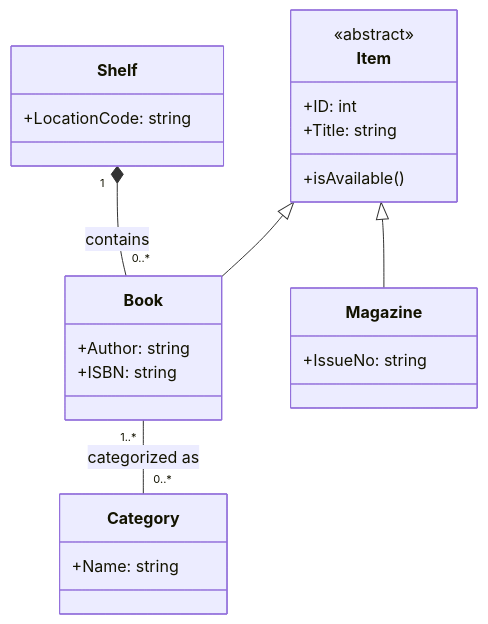
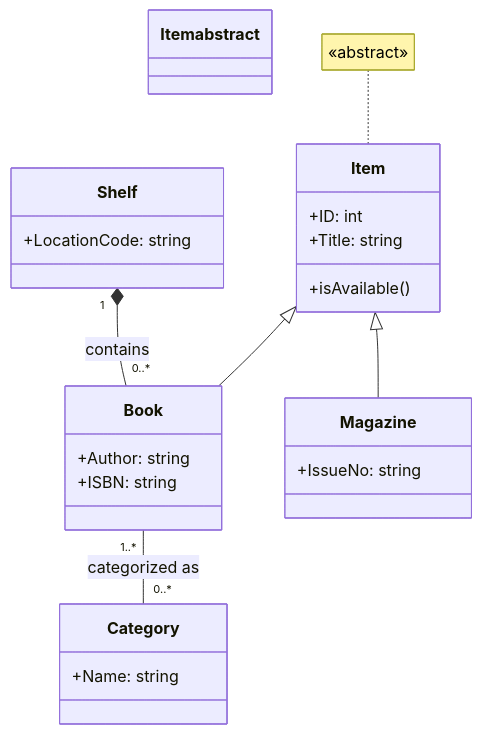
One commit to vince115/bank-exams changed the diagram in docs/bot-bank/114-2QA.md. Above: the diagram before and after it, drawn with Mermaid. The commit also changed other lines of this file, not shown here.

Commit message:
docs: fix Mermaid on GitHub Pages by replacing stereotype with note + style

````diff
--- a/docs/bot-bank/114-2QA.md
+++ b/docs/bot-bank/114-2QA.md
@@ -231,31 +229,36 @@
 ```mermaid
 classDiagram
 class Item {
   +ID: int
   +Title: string
   +isAvailable()
 }
-<<abstract>> Item
+%% 用註記標示抽象
+note for Item "«abstract»"
 
 class Book {
   +Author: string
   +ISBN: string
 }
 
 class Magazine {
   +IssueNo: string
 }
 
 class Category {
   +Name: string
 }
 
 class Shelf {
   +LocationCode: string
 }
 
 Item <|-- Book
 Item <|-- Magazine
 Book "1..*" -- "0..*" Category : categorized as
 Shelf "1" *-- "0..*" Book : contains
+
+%%（可選）把抽象類別加個樣式，辨識更清楚
+classDef abstract fill:#222,stroke:#888,color:#fff
+class Item abstract
 ```
````
